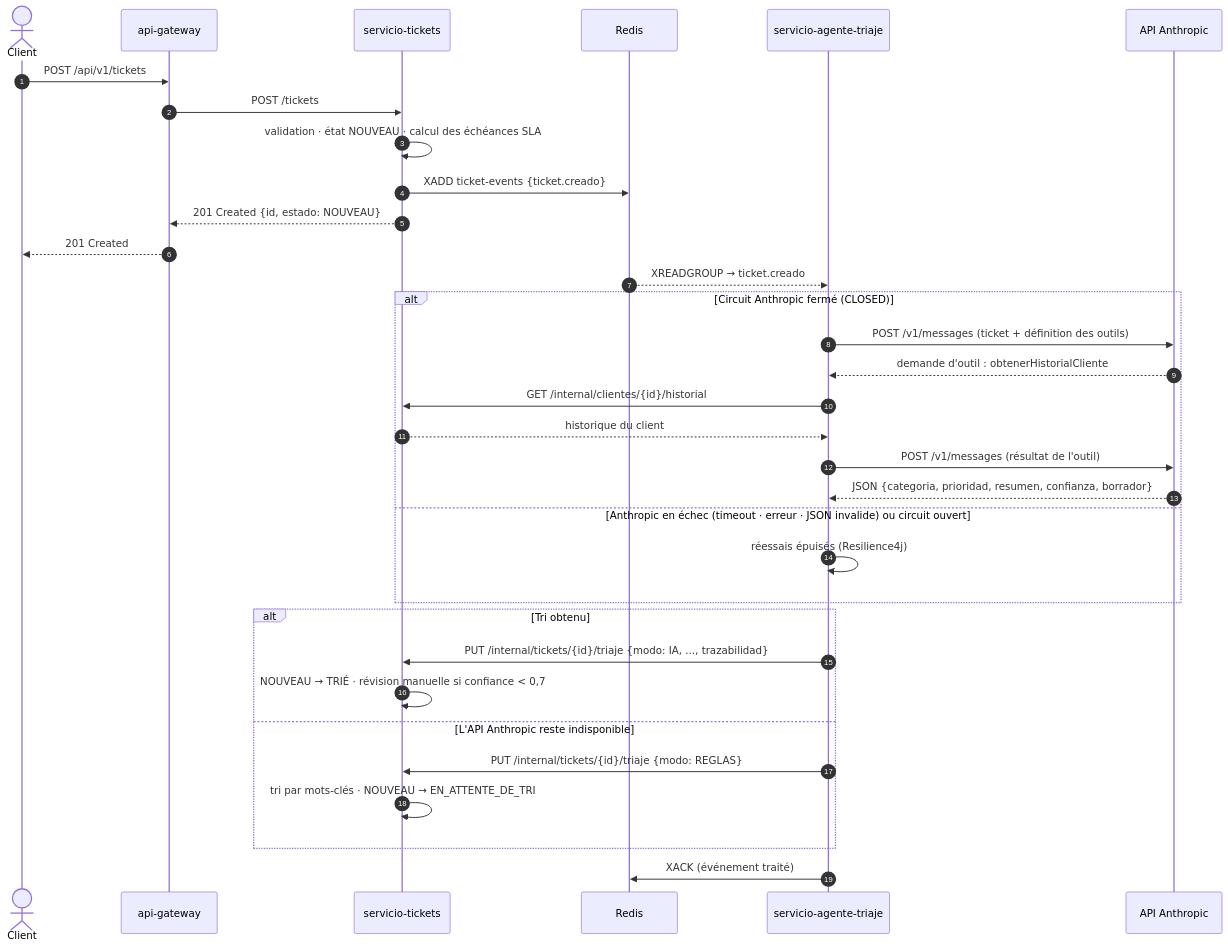
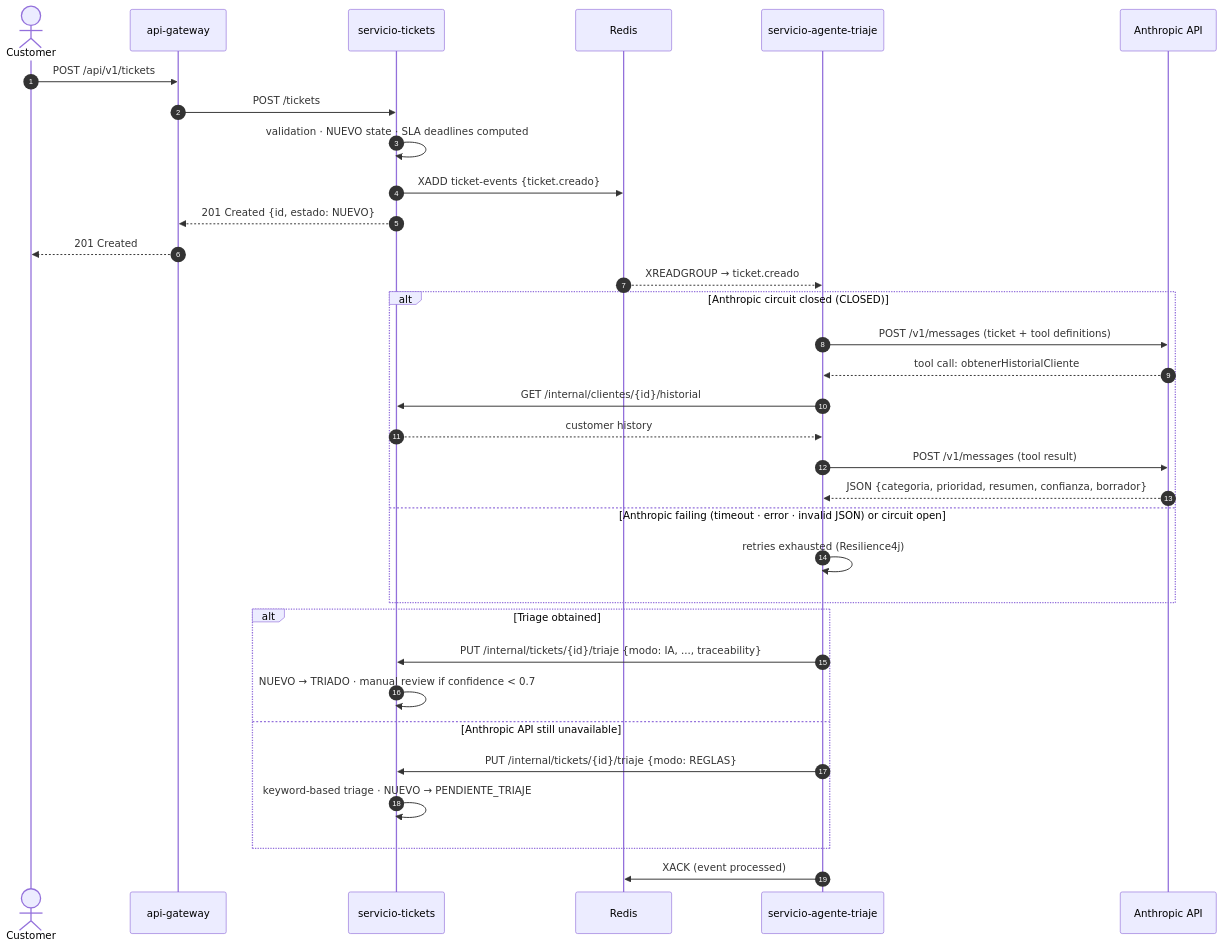
One commit to elgmouad/triage-agentics changed the fourth of 4 diagrams in README.md. Above: the diagram before and after it, drawn with Mermaid. The commit also changed other lines of this file, not shown here.

````diff
--- a/README.md
+++ b/README.md
@@ -372,38 +370,38 @@
 ```mermaid
 sequenceDiagram
     autonumber
-    actor C as Client
+    actor C as Customer
     participant GW as api-gateway
     participant TK as servicio-tickets
     participant RD as Redis
     participant AG as servicio-agente-triaje
-    participant AN as API Anthropic
+    participant AN as Anthropic API
 
     C->>GW: POST /api/v1/tickets
     GW->>TK: POST /tickets
-    TK->>TK: validation · état NOUVEAU · calcul des échéances SLA
+    TK->>TK: validation · NUEVO state · SLA deadlines computed
     TK->>RD: XADD ticket-events {ticket.creado}
-    TK-->>GW: 201 Created {id, estado: NOUVEAU}
+    TK-->>GW: 201 Created {id, estado: NUEVO}
     GW-->>C: 201 Created
 
     RD-->>AG: XREADGROUP → ticket.creado
-    alt Circuit Anthropic fermé (CLOSED)
-        AG->>AN: POST /v1/messages (ticket + définition des outils)
-        AN-->>AG: demande d'outil : obtenerHistorialCliente
+    alt Anthropic circuit closed (CLOSED)
+        AG->>AN: POST /v1/messages (ticket + tool definitions)
+        AN-->>AG: tool call: obtenerHistorialCliente
         AG->>TK: GET /internal/clientes/{id}/historial
-        TK-->>AG: historique du client
-        AG->>AN: POST /v1/messages (résultat de l'outil)
+        TK-->>AG: customer history
+        AG->>AN: POST /v1/messages (tool result)
         AN-->>AG: JSON {categoria, prioridad, resumen, confianza, borrador}
-    else Anthropic en échec (timeout · erreur · JSON invalide) ou circuit ouvert
-        AG->>AG: réessais épuisés (Resilience4j)
+    else Anthropic failing (timeout · error · invalid JSON) or circuit open
+        AG->>AG: retries exhausted (Resilience4j)
     end
 
-    alt Tri obtenu
-        AG->>TK: PUT /internal/tickets/{id}/triaje {modo: IA, ..., trazabilidad}
-        TK->>TK: NOUVEAU → TRIÉ · révision manuelle si confiance < 0,7
-    else L'API Anthropic reste indisponible
+    alt Triage obtained
+        AG->>TK: PUT /internal/tickets/{id}/triaje {modo: IA, ..., traceability}
+        TK->>TK: NUEVO → TRIADO · manual review if confidence < 0.7
+    else Anthropic API still unavailable
         AG->>TK: PUT /internal/tickets/{id}/triaje {modo: REGLAS}
-        TK->>TK: tri par mots-clés · NOUVEAU → EN_ATTENTE_DE_TRI
+        TK->>TK: keyword-based triage · NUEVO → PENDIENTE_TRIAJE
     end
-    AG->>RD: XACK (événement traité)
+    AG->>RD: XACK (event processed)
 ```
````
